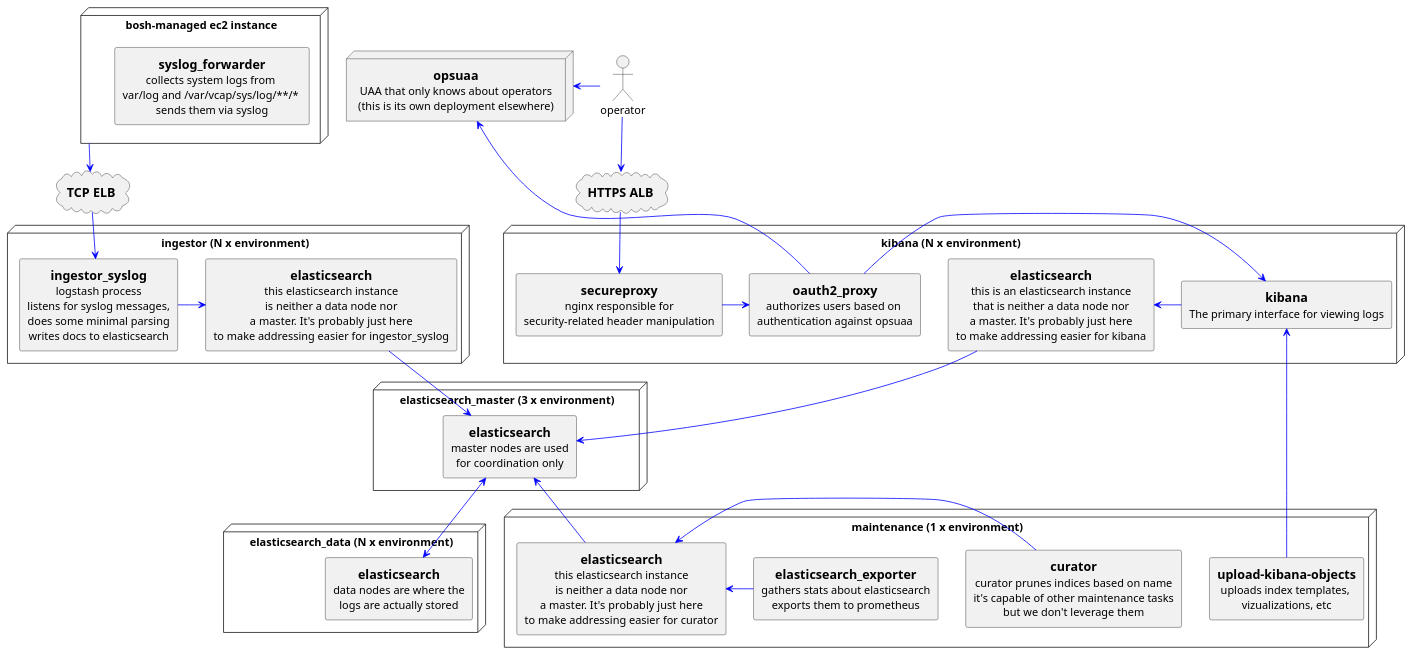
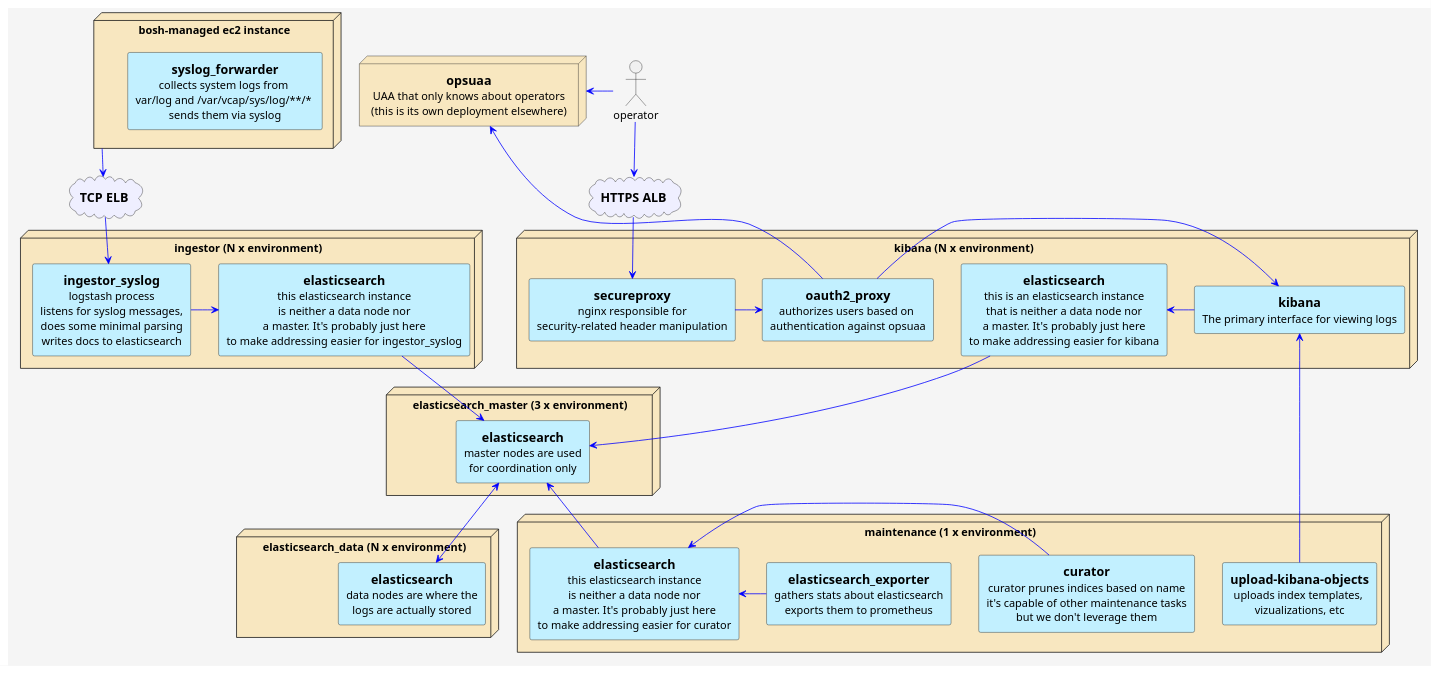
Before and after one commit to cloud-gov/deploy-logsearch: the diagram in docs/platform.puml, drawn with PlantUML. The commit also changed 3 other files, not shown here.

```diff
--- a/docs/platform.puml
+++ b/docs/platform.puml
@@ -1,137 +1,142 @@
 @startuml platform
 skinparam DefaultTextAlignment center
 skinparam ArrowColor blue
 skinparam ComponentStyle uml1
+skinparam AgentBackgroundColor APPLICATION
+skinparam NodeBackgroundColor STRATEGY
+skinparam RectangleBackgroundColor BUSINESS
+skinparam CloudBackgroundColor MOTIVATION
+skinparam BackgroundColor WhiteSmoke
 
 actor operator
 
 cloud ALB [
     ==HTTPS ALB
 ]
 
 
 node "kibana (N x environment)" as kibana {
     agent oauth2proxy [
         ==oauth2_proxy
         authorizes users based on 
         authentication against opsuaa
     ]
     agent secureproxy [
         ==secureproxy
         nginx responsible for
         security-related header manipulation
     ]
     agent kbn [
         ==kibana
         The primary interface for viewing logs
     ]
     agent es_k [
         ==elasticsearch
         this is an elasticsearch instance
         that is neither a data node nor
         a master. It's probably just here
         to make addressing easier for kibana
     ]
     secureproxy -right-> oauth2proxy
     oauth2proxy -right-> kbn
     kbn -right-> es_k
 }
 
 node opsuaa [
     ==opsuaa
     UAA that only knows about operators
     (this is its own deployment elsewhere)
 ]
 
 node "bosh-managed ec2 instance" as ec2 {
     agent syslog_forwarder [
         ==syslog_forwarder
         collects system logs from 
         var/log and /var/vcap/sys/log/**/* 
         sends them via syslog
     ]
 }
 
 cloud ELB [
     ==TCP ELB
 ]
 
 node "ingestor (N x environment)" as ingestor {
 
     agent ingestor_syslog [
         ==ingestor_syslog
         logstash process
         listens for syslog messages,
         does some minimal parsing
         writes docs to elasticsearch
     ]
     agent es_i [
         ==elasticsearch
         this elasticsearch instance
         is neither a data node nor
         a master. It's probably just here
         to make addressing easier for ingestor_syslog
     ]
     ingestor_syslog -> es_i
 }
 
 node "elasticsearch_master (3 x environment)" as elasticsearch_master {
     agent es_em [
         ==elasticsearch
         master nodes are used
         for coordination only
     ]
 }
 
 node "elasticsearch_data (N x environment)" as elasticsearch_data {
     agent es_ed [
         ==elasticsearch
         data nodes are where the
         logs are actually stored
     ]
 }
 
 
 node "maintenance (1 x environment)" as maintenance {
     agent curator [
         ==curator
         curator prunes indices based on name
         it's capable of other maintenance tasks
         but we don't leverage them
     ]
     agent elasticsearch_exporter [
         ==elasticsearch_exporter
         gathers stats about elasticsearch
         exports them to prometheus
     ]
     agent kibana_objects [
         ==upload-kibana-objects
         uploads index templates, 
         vizualizations, etc
     ]
     agent es_m [
         ==elasticsearch
         this elasticsearch instance
         is neither a data node nor
         a master. It's probably just here
         to make addressing easier for curator
     ]
     curator -> es_m
     kibana_objects -u-> kbn
     elasticsearch_exporter -r-> es_m
 }
 
 operator -down-> ALB
 operator -[norank]> opsuaa
 ALB -down-> secureproxy
 ec2 -down-> ELB
 es_k -down-> es_em
 es_i -down-> es_em
 es_m -up-> es_em
 es_em <-down-> es_ed
 ELB -down-> ingestor_syslog
 oauth2proxy -[norank]> opsuaa
 
 
 
 @enduml
```
